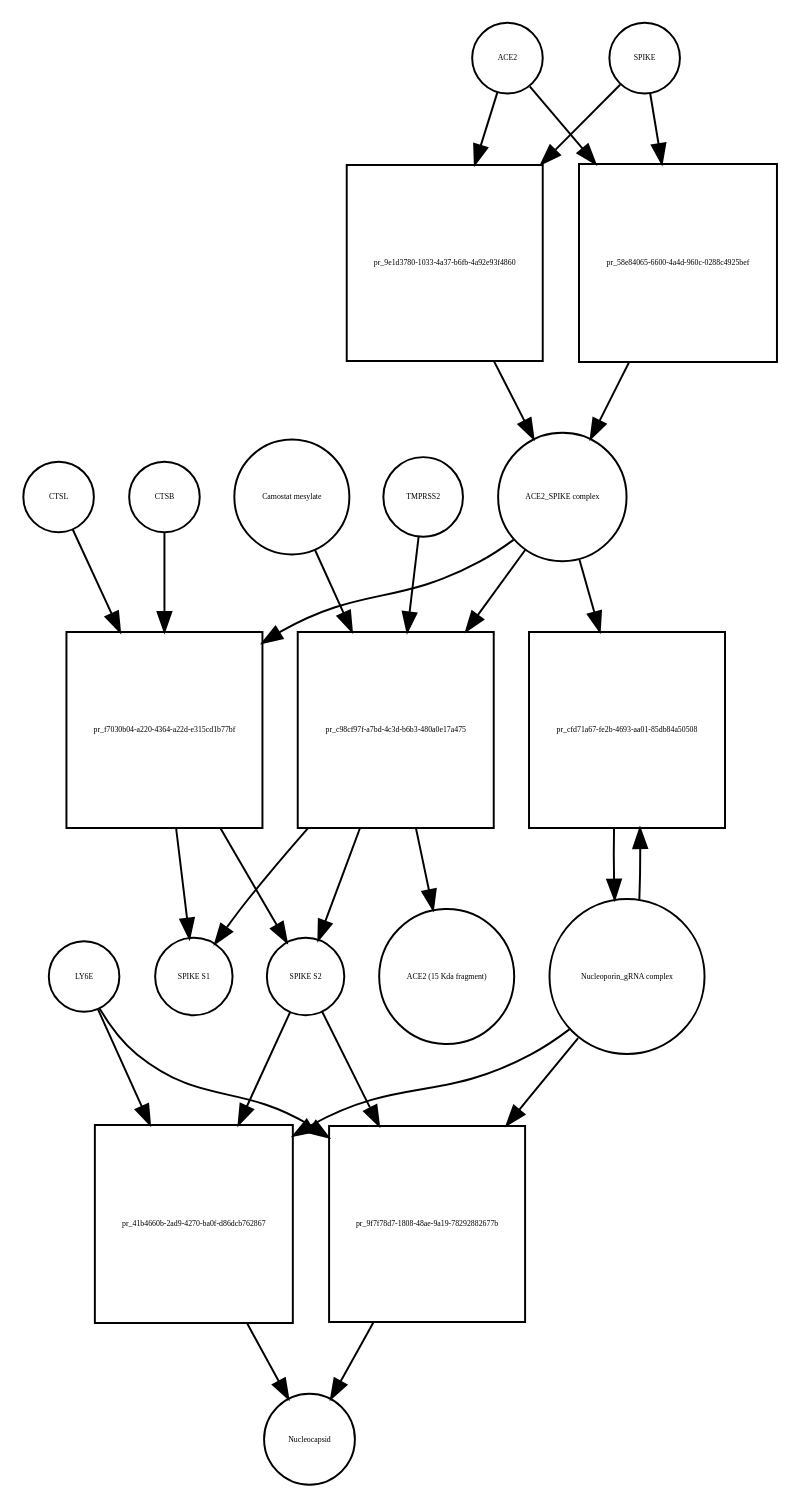
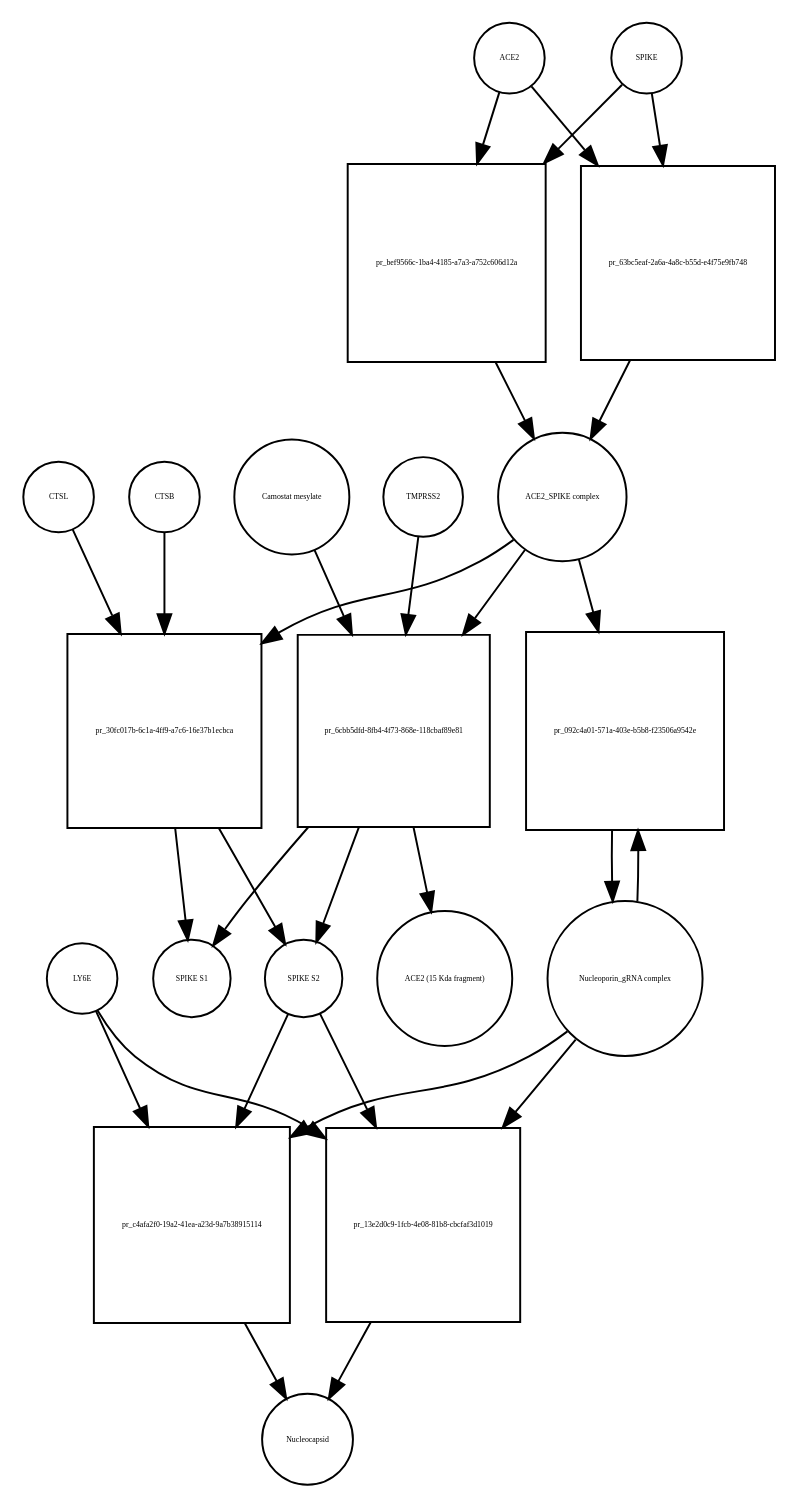
One commit to cannin/covid19-sbgn changed the diagram in Virus_replication_cycle_V01.xml_bipartite.dot. Above: the diagram before and after it, drawn with Graphviz. The commit also changed 575 other files, not shown here.

```diff
--- a/Virus_replication_cycle_V01.xml_bipartite.dot
+++ b/Virus_replication_cycle_V01.xml_bipartite.dot
@@ -1,50 +1,50 @@
 strict digraph  {
 ACE2 [annotation="", bipartite=0, cls=macromolecule, fontsize=4, label=ACE2, shape=circle];
-"pr_9e1d3780-1033-4a37-b6fb-4a92e93f4860" [annotation="", bipartite=1, cls=process, fontsize=4, label="pr_9e1d3780-1033-4a37-b6fb-4a92e93f4860", shape=square];
+"pr_bef9566c-1ba4-4185-a7a3-a752c606d12a" [annotation="", bipartite=1, cls=process, fontsize=4, label="pr_bef9566c-1ba4-4185-a7a3-a752c606d12a", shape=square];
 "ACE2_SPIKE complex" [annotation="", bipartite=0, cls=complex, fontsize=4, label="ACE2_SPIKE complex", shape=circle];
 SPIKE [annotation="", bipartite=0, cls="macromolecule multimer", fontsize=4, label=SPIKE, shape=circle];
 "Nucleoporin_gRNA complex " [annotation="", bipartite=0, cls=complex, fontsize=4, label="Nucleoporin_gRNA complex ", shape=circle];
-"pr_cfd71a67-fe2b-4693-aa01-85db84a50508" [annotation="", bipartite=1, cls=process, fontsize=4, label="pr_cfd71a67-fe2b-4693-aa01-85db84a50508", shape=square];
-"pr_f7030b04-a220-4364-a22d-e315cd1b77bf" [annotation="", bipartite=1, cls=process, fontsize=4, label="pr_f7030b04-a220-4364-a22d-e315cd1b77bf", shape=square];
+"pr_092c4a01-571a-403e-b5b8-f23506a9542e" [annotation="", bipartite=1, cls=process, fontsize=4, label="pr_092c4a01-571a-403e-b5b8-f23506a9542e", shape=square];
+"pr_30fc017b-6c1a-4ff9-a7c6-16e37b1ecbca" [annotation="", bipartite=1, cls=process, fontsize=4, label="pr_30fc017b-6c1a-4ff9-a7c6-16e37b1ecbca", shape=square];
 "SPIKE S2" [annotation="", bipartite=0, cls=macromolecule, fontsize=4, label="SPIKE S2", shape=circle];
 CTSB [annotation="", bipartite=0, cls=macromolecule, fontsize=4, label=CTSB, shape=circle];
 CTSL [annotation="", bipartite=0, cls=macromolecule, fontsize=4, label=CTSL, shape=circle];
 "SPIKE S1" [annotation="", bipartite=0, cls=macromolecule, fontsize=4, label="SPIKE S1", shape=circle];
-"pr_41b4660b-2ad9-4270-ba0f-d86dcb762867" [annotation="", bipartite=1, cls=process, fontsize=4, label="pr_41b4660b-2ad9-4270-ba0f-d86dcb762867", shape=square];
+"pr_c4afa2f0-19a2-41ea-a23d-9a7b38915114" [annotation="", bipartite=1, cls=process, fontsize=4, label="pr_c4afa2f0-19a2-41ea-a23d-9a7b38915114", shape=square];
 Nucleocapsid [annotation="", bipartite=0, cls=complex, fontsize=4, label=Nucleocapsid, shape=circle];
 LY6E [annotation="", bipartite=0, cls=macromolecule, fontsize=4, label=LY6E, shape=circle];
-"pr_c98cf97f-a7bd-4c3d-b6b3-480a0e17a475" [annotation="", bipartite=1, cls=process, fontsize=4, label="pr_c98cf97f-a7bd-4c3d-b6b3-480a0e17a475", shape=square];
+"pr_6cbb5dfd-8fb4-4f73-868e-118cbaf89e81" [annotation="", bipartite=1, cls=process, fontsize=4, label="pr_6cbb5dfd-8fb4-4f73-868e-118cbaf89e81", shape=square];
 TMPRSS2 [annotation="", bipartite=0, cls=macromolecule, fontsize=4, label=TMPRSS2, shape=circle];
 "Camostat mesylate" [annotation="urn_miriam_pubchem.compound_2536", bipartite=0, cls="simple chemical", fontsize=4, label="Camostat mesylate", shape=circle];
 "ACE2 (15 Kda fragment)" [annotation="", bipartite=0, cls=macromolecule, fontsize=4, label="ACE2 (15 Kda fragment)", shape=circle];
-"pr_58e84065-6600-4a4d-960c-0288c4925bef" [annotation="", bipartite=1, cls=process, fontsize=4, label="pr_58e84065-6600-4a4d-960c-0288c4925bef", shape=square];
-"pr_9f7f78d7-1808-48ae-9a19-78292882677b" [annotation="", bipartite=1, cls=process, fontsize=4, label="pr_9f7f78d7-1808-48ae-9a19-78292882677b", shape=square];
-ACE2 -> "pr_9e1d3780-1033-4a37-b6fb-4a92e93f4860"  [annotation="", interaction_type=consumption];
-ACE2 -> "pr_58e84065-6600-4a4d-960c-0288c4925bef"  [annotation="", interaction_type=consumption];
-"pr_9e1d3780-1033-4a37-b6fb-4a92e93f4860" -> "ACE2_SPIKE complex"  [annotation="", interaction_type=production];
-"ACE2_SPIKE complex" -> "pr_cfd71a67-fe2b-4693-aa01-85db84a50508"  [annotation="urn_miriam_pubmed_32142651|urn_miriam_pubmed_32094589", interaction_type=stimulation];
-"ACE2_SPIKE complex" -> "pr_f7030b04-a220-4364-a22d-e315cd1b77bf"  [annotation="", interaction_type=consumption];
-"ACE2_SPIKE complex" -> "pr_c98cf97f-a7bd-4c3d-b6b3-480a0e17a475"  [annotation="", interaction_type=consumption];
-SPIKE -> "pr_9e1d3780-1033-4a37-b6fb-4a92e93f4860"  [annotation="", interaction_type=consumption];
-SPIKE -> "pr_58e84065-6600-4a4d-960c-0288c4925bef"  [annotation="", interaction_type=consumption];
-"Nucleoporin_gRNA complex " -> "pr_cfd71a67-fe2b-4693-aa01-85db84a50508"  [annotation="", interaction_type=consumption];
-"Nucleoporin_gRNA complex " -> "pr_41b4660b-2ad9-4270-ba0f-d86dcb762867"  [annotation="", interaction_type=consumption];
-"Nucleoporin_gRNA complex " -> "pr_9f7f78d7-1808-48ae-9a19-78292882677b"  [annotation="", interaction_type=consumption];
-"pr_cfd71a67-fe2b-4693-aa01-85db84a50508" -> "Nucleoporin_gRNA complex "  [annotation="", interaction_type=production];
-"pr_f7030b04-a220-4364-a22d-e315cd1b77bf" -> "SPIKE S2"  [annotation="", interaction_type=production];
-"pr_f7030b04-a220-4364-a22d-e315cd1b77bf" -> "SPIKE S1"  [annotation="", interaction_type=production];
-"SPIKE S2" -> "pr_41b4660b-2ad9-4270-ba0f-d86dcb762867"  [annotation="urn_miriam_doi_10.1101%2F2020.03.05.979260|urn_miriam_pubmed_32142651|urn_miriam_pubmed_32094589", interaction_type=stimulation];
-"SPIKE S2" -> "pr_9f7f78d7-1808-48ae-9a19-78292882677b"  [annotation="urn_miriam_doi_10.1101%2F2020.03.05.979260", interaction_type=stimulation];
-CTSB -> "pr_f7030b04-a220-4364-a22d-e315cd1b77bf"  [annotation=urn_miriam_pubmed_32142651, interaction_type=catalysis];
-CTSL -> "pr_f7030b04-a220-4364-a22d-e315cd1b77bf"  [annotation=urn_miriam_pubmed_32142651, interaction_type=catalysis];
-"pr_41b4660b-2ad9-4270-ba0f-d86dcb762867" -> Nucleocapsid  [annotation="", interaction_type=production];
-LY6E -> "pr_41b4660b-2ad9-4270-ba0f-d86dcb762867"  [annotation="urn_miriam_doi_10.1101%2F2020.03.05.979260|urn_miriam_pubmed_32142651|urn_miriam_pubmed_32094589", interaction_type=inhibition];
-LY6E -> "pr_9f7f78d7-1808-48ae-9a19-78292882677b"  [annotation="urn_miriam_doi_10.1101%2F2020.03.05.979260", interaction_type=inhibition];
-"pr_c98cf97f-a7bd-4c3d-b6b3-480a0e17a475" -> "SPIKE S2"  [annotation="", interaction_type=production];
-"pr_c98cf97f-a7bd-4c3d-b6b3-480a0e17a475" -> "SPIKE S1"  [annotation="", interaction_type=production];
-"pr_c98cf97f-a7bd-4c3d-b6b3-480a0e17a475" -> "ACE2 (15 Kda fragment)"  [annotation="", interaction_type=production];
-TMPRSS2 -> "pr_c98cf97f-a7bd-4c3d-b6b3-480a0e17a475"  [annotation="urn_miriam_pubmed_32142651|urn_miriam_pubmed_32094589|urn_miriam_pubmed_24227843", interaction_type=catalysis];
-"Camostat mesylate" -> "pr_c98cf97f-a7bd-4c3d-b6b3-480a0e17a475"  [annotation="urn_miriam_pubmed_32142651|urn_miriam_pubmed_32094589|urn_miriam_pubmed_24227843", interaction_type=inhibition];
-"pr_58e84065-6600-4a4d-960c-0288c4925bef" -> "ACE2_SPIKE complex"  [annotation="", interaction_type=production];
-"pr_9f7f78d7-1808-48ae-9a19-78292882677b" -> Nucleocapsid  [annotation="", interaction_type=production];
+"pr_63bc5eaf-2a6a-4a8c-b55d-e4f75e9fb748" [annotation="", bipartite=1, cls=process, fontsize=4, label="pr_63bc5eaf-2a6a-4a8c-b55d-e4f75e9fb748", shape=square];
+"pr_13e2d0c9-1fcb-4e08-81b8-cbcfaf3d1019" [annotation="", bipartite=1, cls=process, fontsize=4, label="pr_13e2d0c9-1fcb-4e08-81b8-cbcfaf3d1019", shape=square];
+ACE2 -> "pr_bef9566c-1ba4-4185-a7a3-a752c606d12a"  [annotation="", interaction_type=consumption];
+ACE2 -> "pr_63bc5eaf-2a6a-4a8c-b55d-e4f75e9fb748"  [annotation="", interaction_type=consumption];
+"pr_bef9566c-1ba4-4185-a7a3-a752c606d12a" -> "ACE2_SPIKE complex"  [annotation="", interaction_type=production];
+"ACE2_SPIKE complex" -> "pr_092c4a01-571a-403e-b5b8-f23506a9542e"  [annotation="urn_miriam_pubmed_32142651|urn_miriam_pubmed_32094589", interaction_type=stimulation];
+"ACE2_SPIKE complex" -> "pr_30fc017b-6c1a-4ff9-a7c6-16e37b1ecbca"  [annotation="", interaction_type=consumption];
+"ACE2_SPIKE complex" -> "pr_6cbb5dfd-8fb4-4f73-868e-118cbaf89e81"  [annotation="", interaction_type=consumption];
+SPIKE -> "pr_bef9566c-1ba4-4185-a7a3-a752c606d12a"  [annotation="", interaction_type=consumption];
+SPIKE -> "pr_63bc5eaf-2a6a-4a8c-b55d-e4f75e9fb748"  [annotation="", interaction_type=consumption];
+"Nucleoporin_gRNA complex " -> "pr_092c4a01-571a-403e-b5b8-f23506a9542e"  [annotation="", interaction_type=consumption];
+"Nucleoporin_gRNA complex " -> "pr_c4afa2f0-19a2-41ea-a23d-9a7b38915114"  [annotation="", interaction_type=consumption];
+"Nucleoporin_gRNA complex " -> "pr_13e2d0c9-1fcb-4e08-81b8-cbcfaf3d1019"  [annotation="", interaction_type=consumption];
+"pr_092c4a01-571a-403e-b5b8-f23506a9542e" -> "Nucleoporin_gRNA complex "  [annotation="", interaction_type=production];
+"pr_30fc017b-6c1a-4ff9-a7c6-16e37b1ecbca" -> "SPIKE S2"  [annotation="", interaction_type=production];
+"pr_30fc017b-6c1a-4ff9-a7c6-16e37b1ecbca" -> "SPIKE S1"  [annotation="", interaction_type=production];
+"SPIKE S2" -> "pr_c4afa2f0-19a2-41ea-a23d-9a7b38915114"  [annotation="urn_miriam_doi_10.1101%2F2020.03.05.979260|urn_miriam_pubmed_32142651|urn_miriam_pubmed_32094589", interaction_type=stimulation];
+"SPIKE S2" -> "pr_13e2d0c9-1fcb-4e08-81b8-cbcfaf3d1019"  [annotation="urn_miriam_doi_10.1101%2F2020.03.05.979260", interaction_type=stimulation];
+CTSB -> "pr_30fc017b-6c1a-4ff9-a7c6-16e37b1ecbca"  [annotation=urn_miriam_pubmed_32142651, interaction_type=catalysis];
+CTSL -> "pr_30fc017b-6c1a-4ff9-a7c6-16e37b1ecbca"  [annotation=urn_miriam_pubmed_32142651, interaction_type=catalysis];
+"pr_c4afa2f0-19a2-41ea-a23d-9a7b38915114" -> Nucleocapsid  [annotation="", interaction_type=production];
+LY6E -> "pr_c4afa2f0-19a2-41ea-a23d-9a7b38915114"  [annotation="urn_miriam_doi_10.1101%2F2020.03.05.979260|urn_miriam_pubmed_32142651|urn_miriam_pubmed_32094589", interaction_type=inhibition];
+LY6E -> "pr_13e2d0c9-1fcb-4e08-81b8-cbcfaf3d1019"  [annotation="urn_miriam_doi_10.1101%2F2020.03.05.979260", interaction_type=inhibition];
+"pr_6cbb5dfd-8fb4-4f73-868e-118cbaf89e81" -> "SPIKE S2"  [annotation="", interaction_type=production];
+"pr_6cbb5dfd-8fb4-4f73-868e-118cbaf89e81" -> "SPIKE S1"  [annotation="", interaction_type=production];
+"pr_6cbb5dfd-8fb4-4f73-868e-118cbaf89e81" -> "ACE2 (15 Kda fragment)"  [annotation="", interaction_type=production];
+TMPRSS2 -> "pr_6cbb5dfd-8fb4-4f73-868e-118cbaf89e81"  [annotation="urn_miriam_pubmed_32142651|urn_miriam_pubmed_32094589|urn_miriam_pubmed_24227843", interaction_type=catalysis];
+"Camostat mesylate" -> "pr_6cbb5dfd-8fb4-4f73-868e-118cbaf89e81"  [annotation="urn_miriam_pubmed_32142651|urn_miriam_pubmed_32094589|urn_miriam_pubmed_24227843", interaction_type=inhibition];
+"pr_63bc5eaf-2a6a-4a8c-b55d-e4f75e9fb748" -> "ACE2_SPIKE complex"  [annotation="", interaction_type=production];
+"pr_13e2d0c9-1fcb-4e08-81b8-cbcfaf3d1019" -> Nucleocapsid  [annotation="", interaction_type=production];
 }
```
